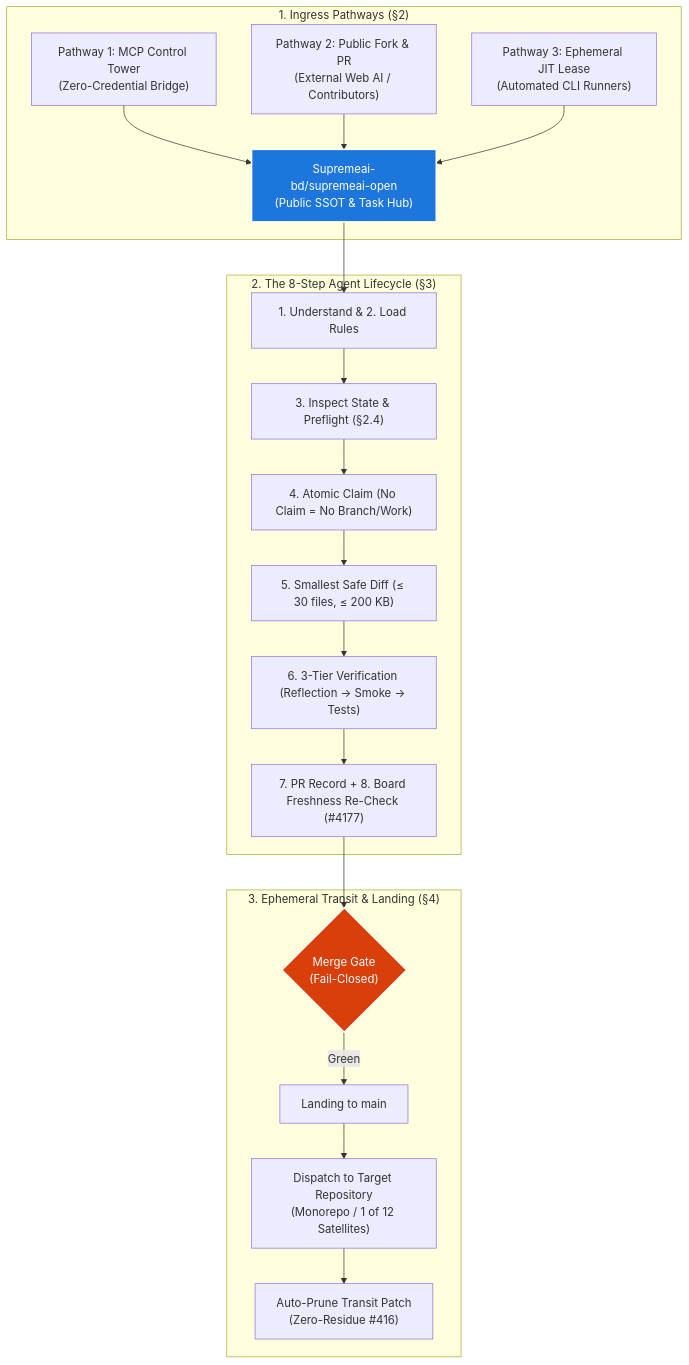
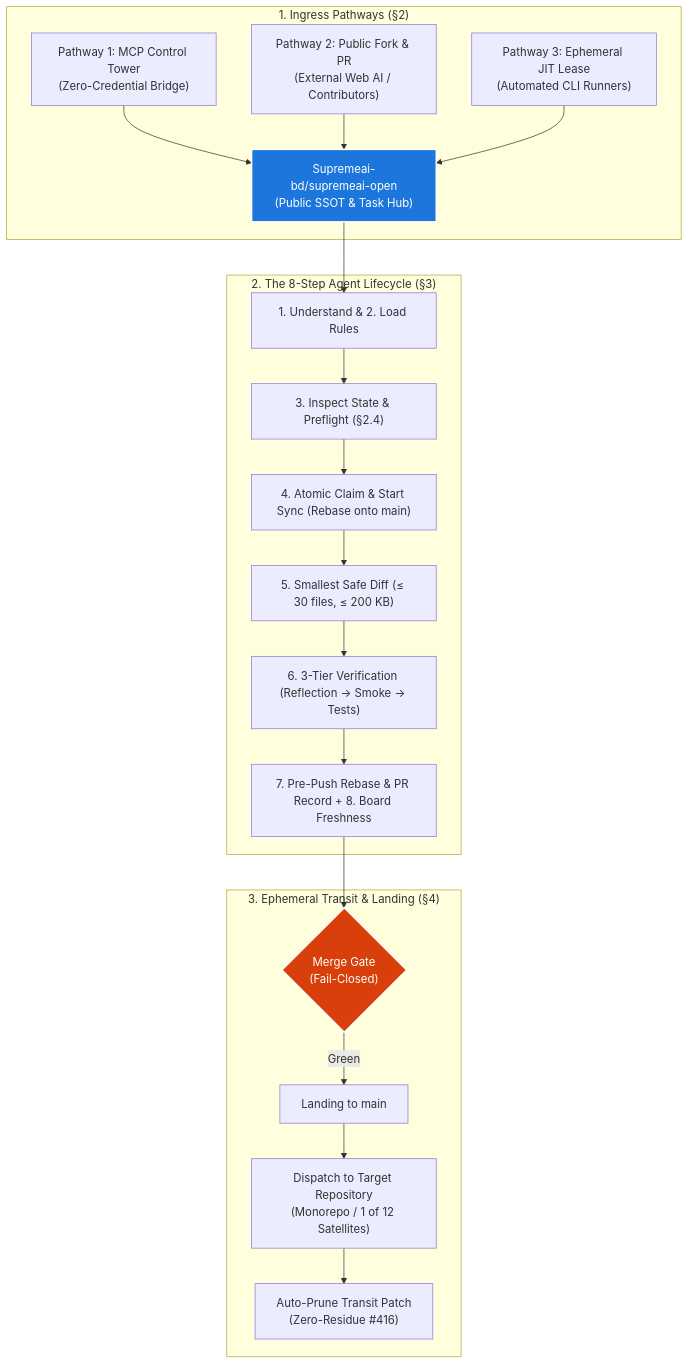
One commit to Supremeai-bd/supremeai-open changed the diagram in AGENTS.md. Above: the diagram before and after it, drawn with Mermaid. The commit also changed other lines of this file and 4 other files, not shown here.

Commit message:
feat(infra): add pre-commit shift-left guard and dual-rebase mandate (Refs #161)

````diff
--- a/AGENTS.md
+++ b/AGENTS.md
@@ -12,29 +12,29 @@
 ```mermaid
 flowchart TD
     subgraph INGRESS ["1. Ingress Pathways (§2)"]
         P1["Pathway 1: MCP Control Tower<br>(Zero-Credential Bridge)"] --> OPEN["Supremeai-bd/supremeai-open<br>(Public SSOT & Task Hub)"]
         P2["Pathway 2: Public Fork & PR<br>(External Web AI / Contributors)"] --> OPEN
         P3["Pathway 3: Ephemeral JIT Lease<br>(Automated CLI Runners)"] --> OPEN
     end
 
     subgraph LOOP ["2. The 8-Step Agent Lifecycle (§3)"]
         OPEN --> S1["1. Understand & 2. Load Rules"]
         S1 --> S2["3. Inspect State & Preflight (§2.4)"]
-        S2 --> S3["4. Atomic Claim (No Claim = No Branch/Work)"]
+        S2 --> S3["4. Atomic Claim & Start Sync (Rebase onto main)"]
         S3 --> S4["5. Smallest Safe Diff (≤ 30 files, ≤ 200 KB)"]
         S4 --> S5["6. 3-Tier Verification (Reflection → Smoke → Tests)"]
-        S5 --> S6["7. PR Record + 8. Board Freshness Re-Check (#4177)"]
+        S5 --> S6["7. Pre-Push Rebase & PR Record + 8. Board Freshness"]
     end
 
     subgraph TRANSIT ["3. Ephemeral Transit & Landing (§4)"]
         S6 --> GATE{"Merge Gate<br>(Fail-Closed)"}
         GATE -- Green --> MERGE["Landing to main"]
         MERGE --> DISPATCH["Dispatch to Target Repository<br>(Monorepo / 1 of 12 Satellites)"]
         DISPATCH --> PRUNE["Auto-Prune Transit Patch<br>(Zero-Residue #416)"]
     end
 
     classDef hub fill:#1d76db,stroke:#fff,stroke-width:2px,color:#fff;
     classDef gate fill:#d93f0b,stroke:#fff,stroke-width:2px,color:#fff;
     class OPEN hub;
     class GATE gate;
 ```
````
